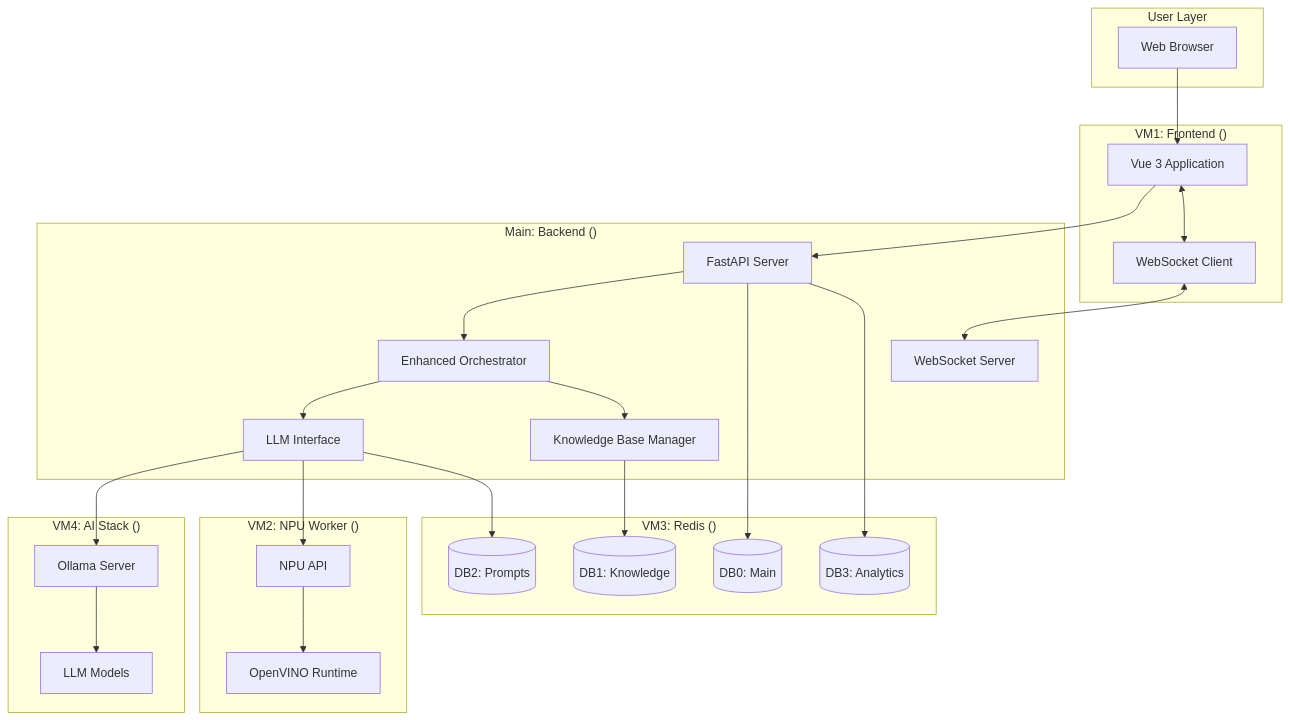
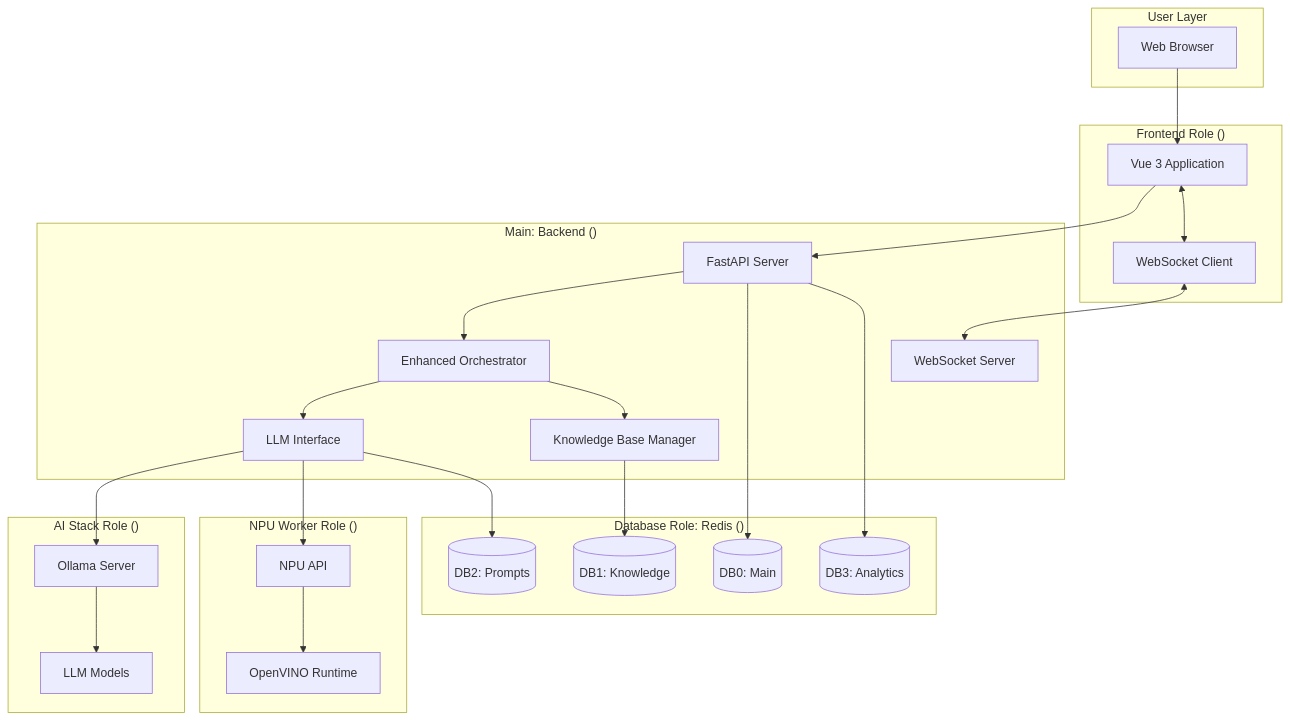
One commit to mrveiss/AutoBot-AI changed the first of 8 diagrams in docs/architecture/data-flows.md. Above: the diagram before and after it, drawn with Mermaid. The commit also changed other lines of this file and 13 other files, not shown here.

````diff
--- a/docs/architecture/data-flows.md
+++ b/docs/architecture/data-flows.md
@@ -14,55 +14,55 @@
 ```mermaid
 flowchart TB
     subgraph User["User Layer"]
         Browser[Web Browser]
     end
 
-    subgraph Frontend["VM1: Frontend (<frontend-ip>)"]
+    subgraph Frontend["Frontend Role (<frontend-ip>)"]
         Vue[Vue 3 Application]
         WS_Client[WebSocket Client]
     end
 
     subgraph Backend["Main: Backend (<backend-ip>)"]
         API[FastAPI Server]
         WS_Server[WebSocket Server]
         Orchestrator[Enhanced Orchestrator]
         LLM_Interface[LLM Interface]
         KB_Manager[Knowledge Base Manager]
     end
 
-    subgraph Redis["VM3: Redis (<database-ip>)"]
+    subgraph Redis["Database Role: Redis (<database-ip>)"]
         DB0[(DB0: Main)]
         DB1[(DB1: Knowledge)]
         DB2[(DB2: Prompts)]
         DB3[(DB3: Analytics)]
     end
 
-    subgraph AI["VM4: AI Stack (<aiml-ip>)"]
+    subgraph AI["AI Stack Role (<aiml-ip>)"]
         Ollama[Ollama Server]
         Models[LLM Models]
     end
 
-    subgraph NPU["VM2: NPU Worker (<npu-ip>)"]
+    subgraph NPU["NPU Worker Role (<npu-ip>)"]
         NPU_API[NPU API]
         OpenVINO[OpenVINO Runtime]
     end
 
     Browser --> Vue
     Vue --> API
     Vue <--> WS_Client
     WS_Client <--> WS_Server
 
     API --> Orchestrator
     Orchestrator --> LLM_Interface
     Orchestrator --> KB_Manager
 
     LLM_Interface --> Ollama
     LLM_Interface --> NPU_API
     Ollama --> Models
     NPU_API --> OpenVINO
 
     KB_Manager --> DB1
     API --> DB0
     API --> DB3
     LLM_Interface --> DB2
 ```
````
